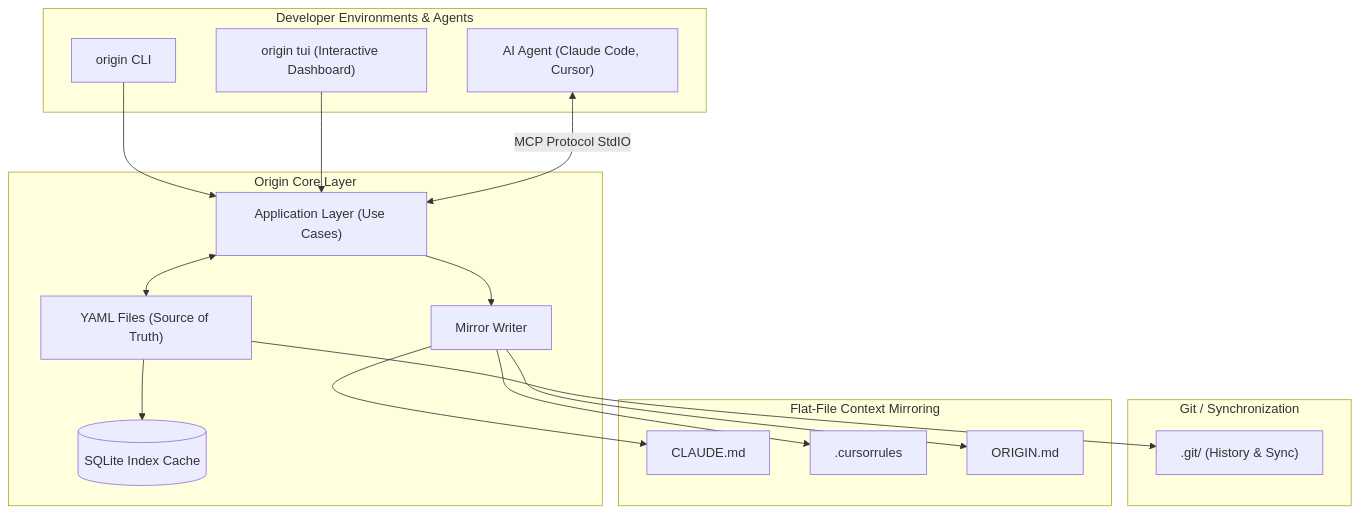
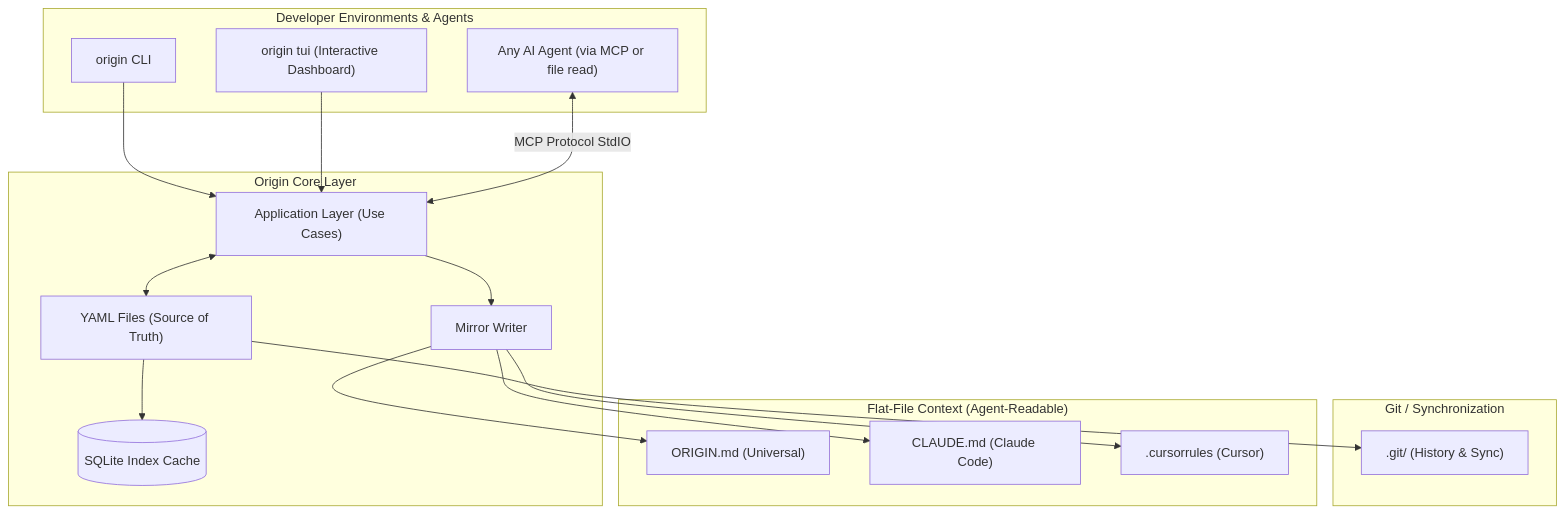
Before and after one commit to sohmxdd/Origin: the first of 2 diagrams in README.md, drawn with Mermaid. The commit also changed other lines of this file, not shown here.

Commit message:
docs: reframe README as agent-agnostic — lead with generic/universal, list specific editors as supported targets

````diff
--- a/README.md
+++ b/README.md
@@ -15,36 +17,36 @@
 ```mermaid
 graph TD
     subgraph Client ["Developer Environments & Agents"]
         CLI["origin CLI"]
         TUI["origin tui (Interactive Dashboard)"]
-        Agent["AI Agent (Claude Code, Cursor)"]
+        Agent["Any AI Agent (via MCP or file read)"]
     end
 
     subgraph OriginCore ["Origin Core Layer"]
         App["Application Layer (Use Cases)"]
         YAML["YAML Files (Source of Truth)"]
         DB[(SQLite Index Cache)]
         Mirror["Mirror Writer"]
     end
 
     subgraph Git ["Git / Synchronization"]
         Repo[".git/ (History & Sync)"]
     end
 
-    subgraph Exports ["Flat-File Context Mirroring"]
-        CLAUDE["CLAUDE.md"]
-        Cursor[".cursorrules"]
-        Generic["ORIGIN.md"]
+    subgraph Exports ["Flat-File Context (Agent-Readable)"]
+        Generic["ORIGIN.md (Universal)"]
+        CLAUDE["CLAUDE.md (Claude Code)"]
+        Cursor[".cursorrules (Cursor)"]
     end
 
     CLI --> App
     TUI --> App
     Agent <-->|MCP Protocol StdIO| App
     App <--> YAML
     YAML --> DB
     App --> Mirror
+    Mirror --> Generic
     Mirror --> CLAUDE
     Mirror --> Cursor
-    Mirror --> Generic
     YAML --> Repo
 ```
````
